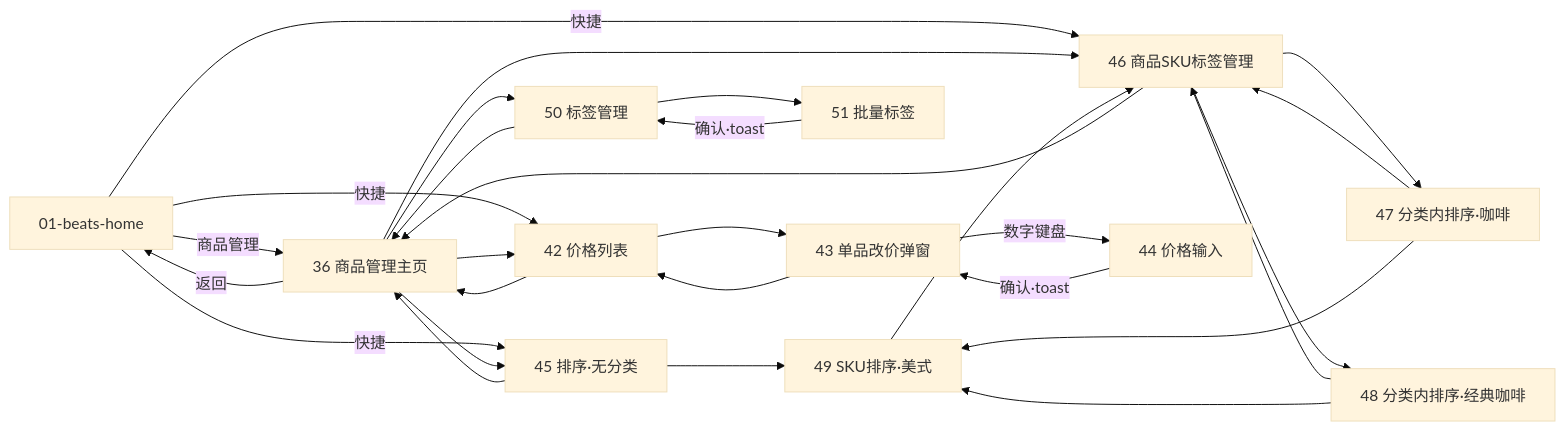
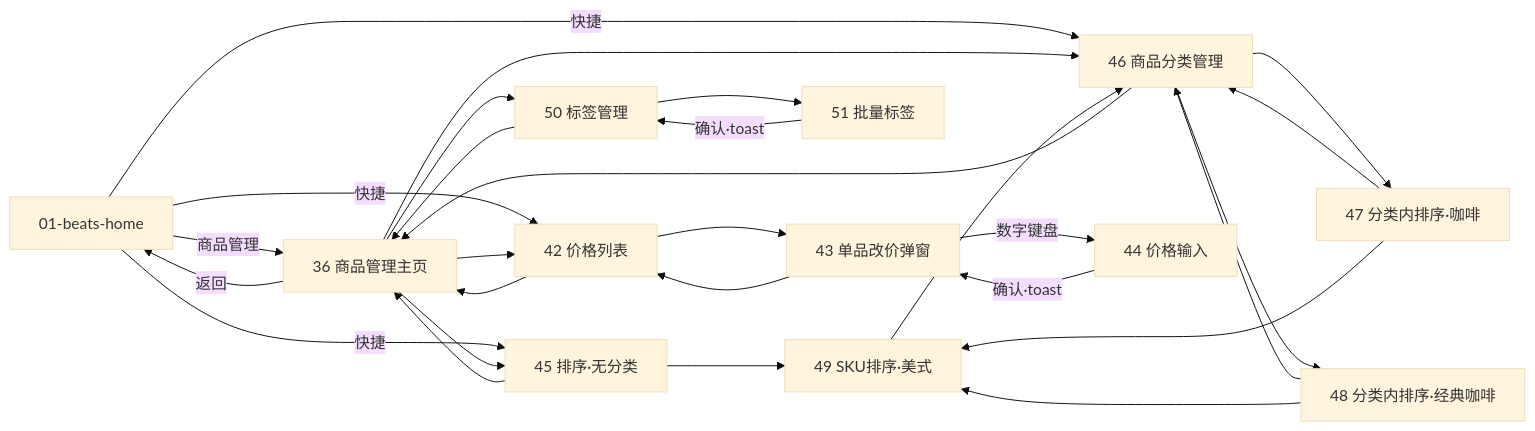
Before and after one commit to nicozhan/iot-android-screen: the second of 5 diagrams in 架构与页面逻辑.md, drawn with Mermaid (base theme). The commit also changed other lines of this file and 6 other files, not shown here.

````diff
--- a/架构与页面逻辑.md
+++ b/架构与页面逻辑.md
@@ -79,34 +79,34 @@
 ```mermaid
 graph LR
   HOME[01-beats-home] -->|商品管理| P36[36 商品管理主页]
   HOME -->|快捷| P42[42 价格列表]
   HOME -->|快捷| P45[45 排序·无分类]
-  HOME -->|快捷| P46[46 商品SKU标签管理]
+  HOME -->|快捷| P46[46 商品分类管理]
 
   P36 -->|返回| HOME
   P36 --> P42
   P36 --> P45
   P36 --> P46
   P36 --> P50[50 标签管理]
 
   P42 --> P36
   P42 --> P43[43 单品改价弹窗]
   P43 --> P42
   P43 -->|数字键盘| P44[44 价格输入]
   P44 -->|确认·toast| P43
 
   P46 --> P36
   P45 --> P36
   P45 --> P49[49 SKU排序·美式]
   P50 --> P36
   P46 --> P47[47 分类内排序·咖啡]
   P46 --> P48[48 分类内排序·经典咖啡]
   P47 --> P46
   P47 --> P49
   P48 --> P46
   P48 --> P49
   P49 --> P46
 
   P50 --> P51[51 批量标签]
   P51 -->|确认·toast| P50
 ```
````
